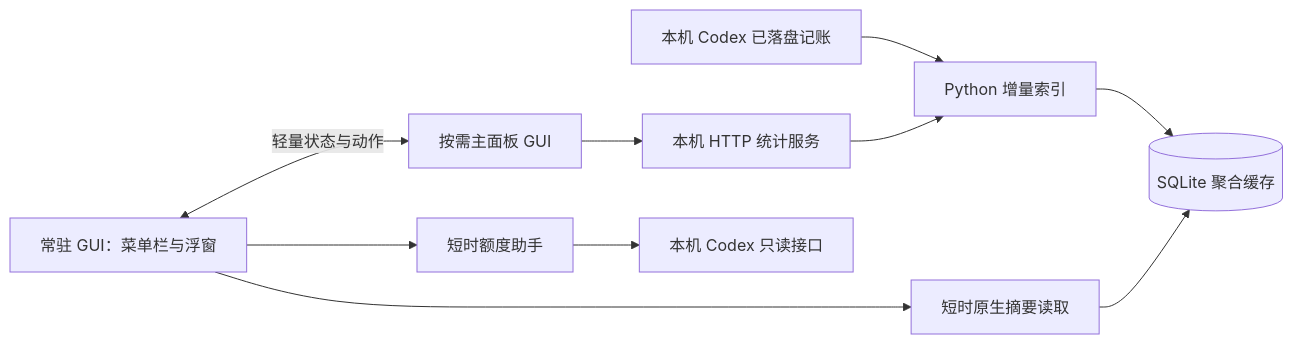
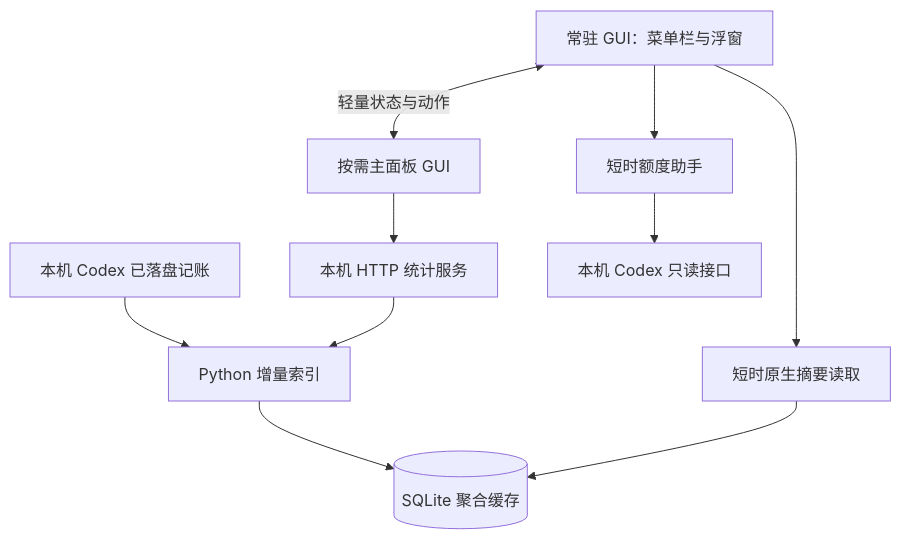
The diagram in website/content/architecture.md (Asher-XunZhang/codex-usage), drawn with Mermaid before and after one commit. The commit also changed other lines of this file and 15 other files, not shown here.

Commit message:
Sync quota documentation and render Mermaid diagrams

````diff
--- a/website/content/architecture.md
+++ b/website/content/architecture.md
@@ -7,12 +7,14 @@
 ```mermaid
-flowchart LR
+flowchart TB
+  accTitle: Codex 用量的数据流向
+  accDescr: 本机记账经 Python 增量索引写入 SQLite。常驻 GUI 读取摘要，按需主面板通过本机 HTTP 服务查询，账号额度由短时助手独立读取。
   L[本机 Codex 已落盘记账] --> P[Python 增量索引]
   P --> DB[(SQLite 聚合缓存)]
   H[常驻 GUI：菜单栏与浮窗] --> N[短时原生摘要读取]
   N --> DB
   M[按需主面板 GUI] --> API[本机 HTTP 统计服务]
   API --> P
   H <-->|轻量状态与动作| M
   H --> Q[短时额度助手]
   Q --> C[本机 Codex 只读接口]
 ```
````
